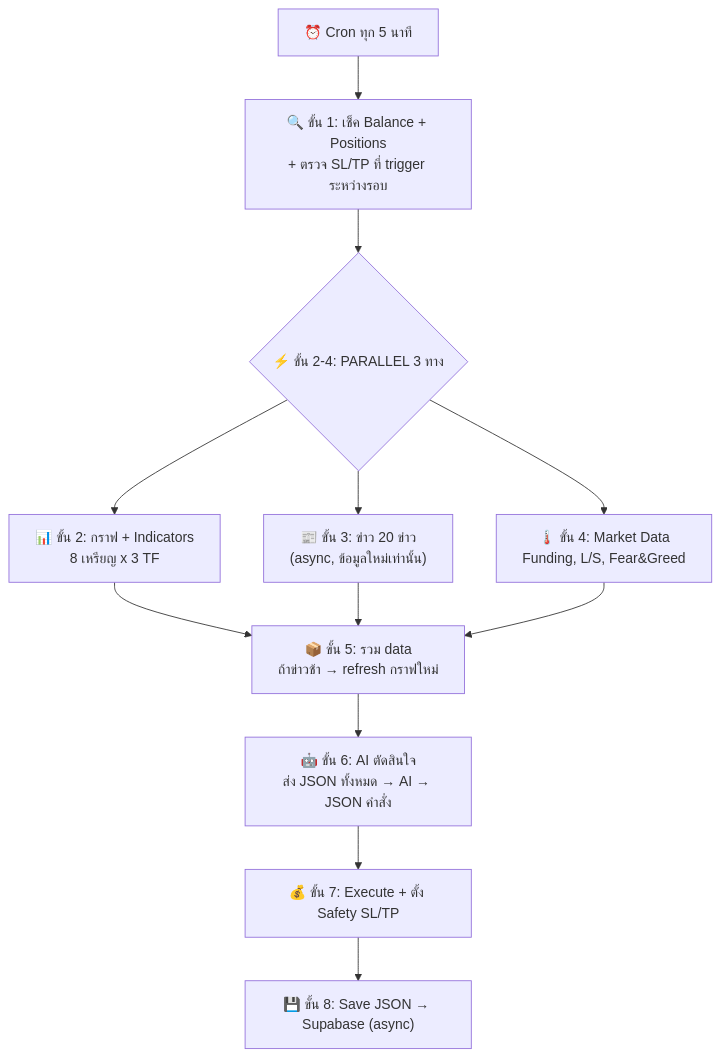
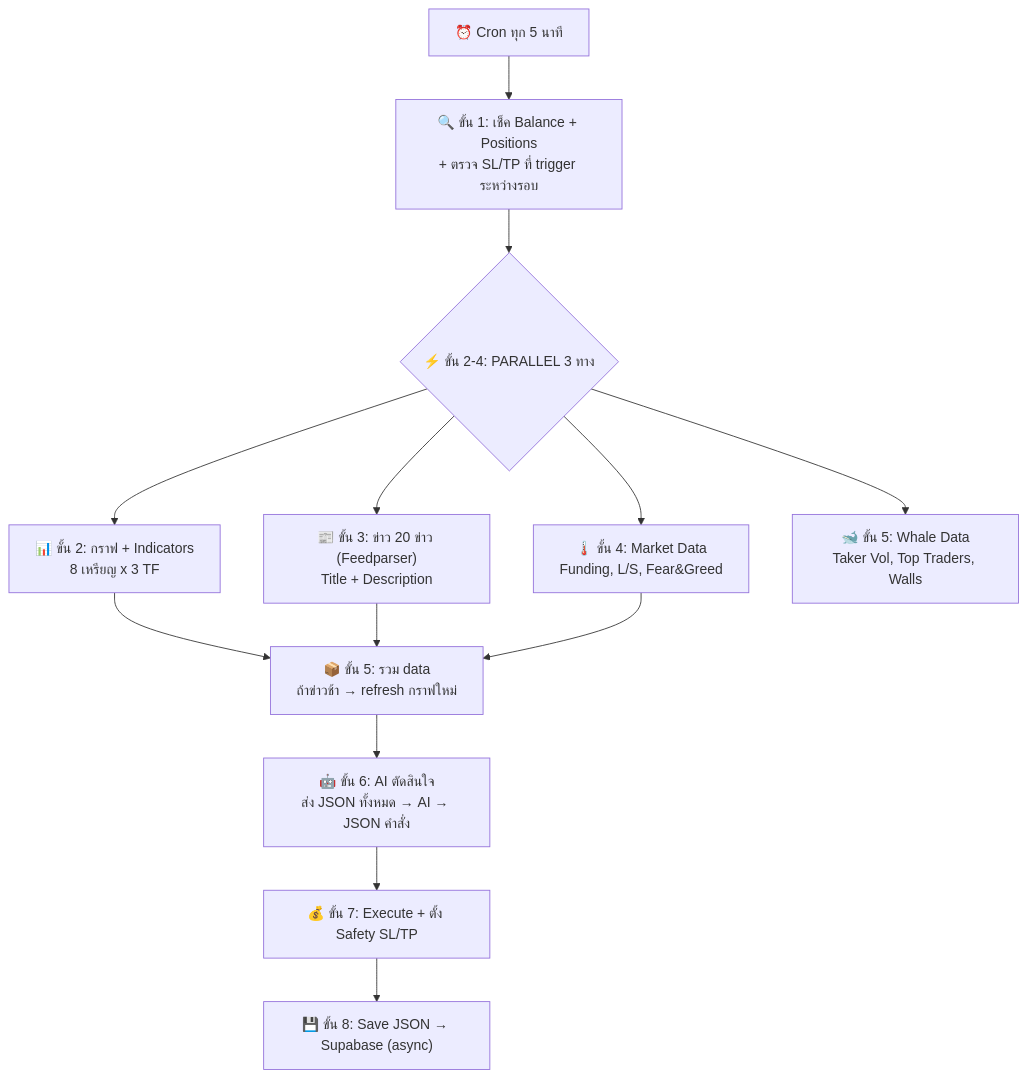
The first of 2 diagrams in implementation_plan.md (aphsx/24openClaw), drawn with Mermaid before and after one commit. The commit also changed other lines of this file and 1 other file, not shown here.

````diff
--- a/implementation_plan.md
+++ b/implementation_plan.md
@@ -11,14 +11,15 @@
 ```mermaid
 graph TD
     CRON["⏰ Cron ทุก 5 นาที"] --> S1["🔍 ขั้น 1: เช็ค Balance + Positions<br/>+ ตรวจ SL/TP ที่ trigger ระหว่างรอบ"]
     S1 --> PAR{"⚡ ขั้น 2-4: PARALLEL 3 ทาง"}
     PAR --> S2["📊 ขั้น 2: กราฟ + Indicators<br/>8 เหรียญ x 3 TF"]
-    PAR --> S3["📰 ขั้น 3: ข่าว 20 ข่าว<br/>(async, ข้อมูลใหม่เท่านั้น)"]
+    PAR --> S3["📰 ขั้น 3: ข่าว 20 ข่าว (Feedparser)<br/>Title + Description"]
     PAR --> S4["🌡️ ขั้น 4: Market Data<br/>Funding, L/S, Fear&Greed"]
+    PAR --> S5["🐋 ขั้น 5: Whale Data<br/>Taker Vol, Top Traders, Walls"]
     S2 --> WAIT["📦 ขั้น 5: รวม data<br/>ถ้าข่าวช้า → refresh กราฟใหม่"]
     S3 --> WAIT
     S4 --> WAIT
     WAIT --> AI["🤖 ขั้น 6: AI ตัดสินใจ<br/>ส่ง JSON ทั้งหมด → AI → JSON คำสั่ง"]
     AI --> EXEC["💰 ขั้น 7: Execute + ตั้ง Safety SL/TP"]
     EXEC --> SAVE["💾 ขั้น 8: Save JSON → Supabase (async)"]
 ```
````
